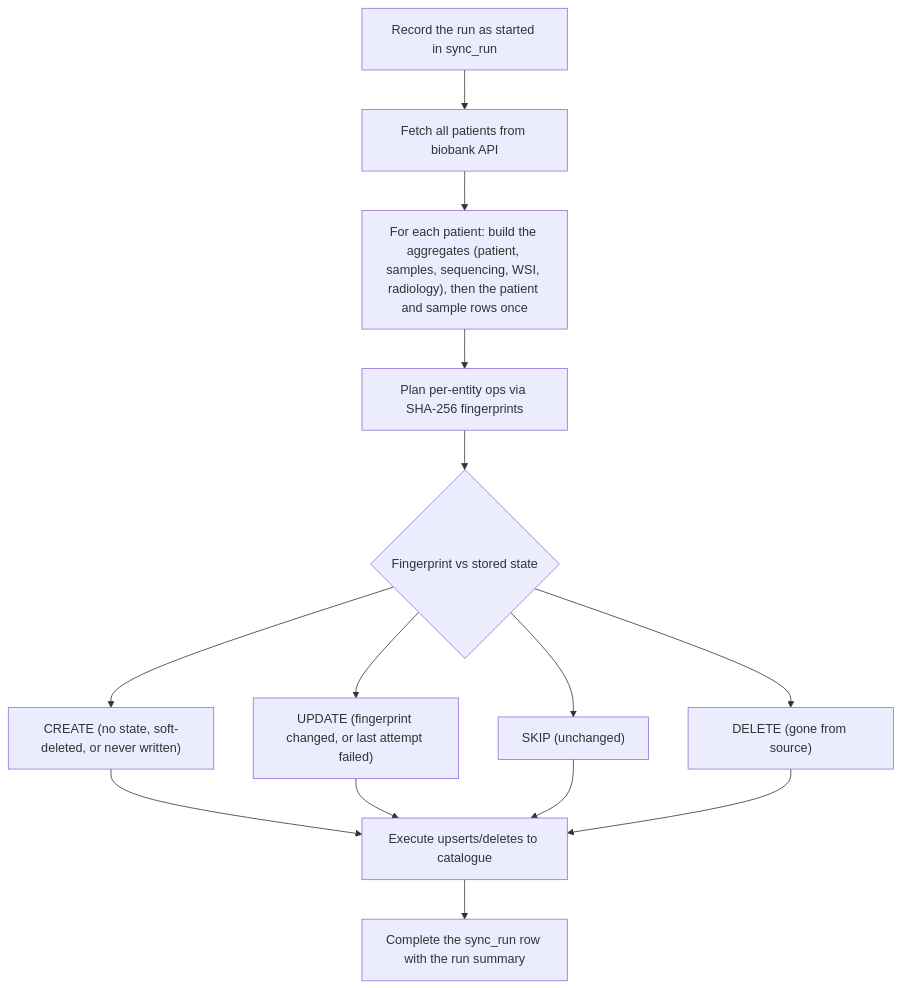
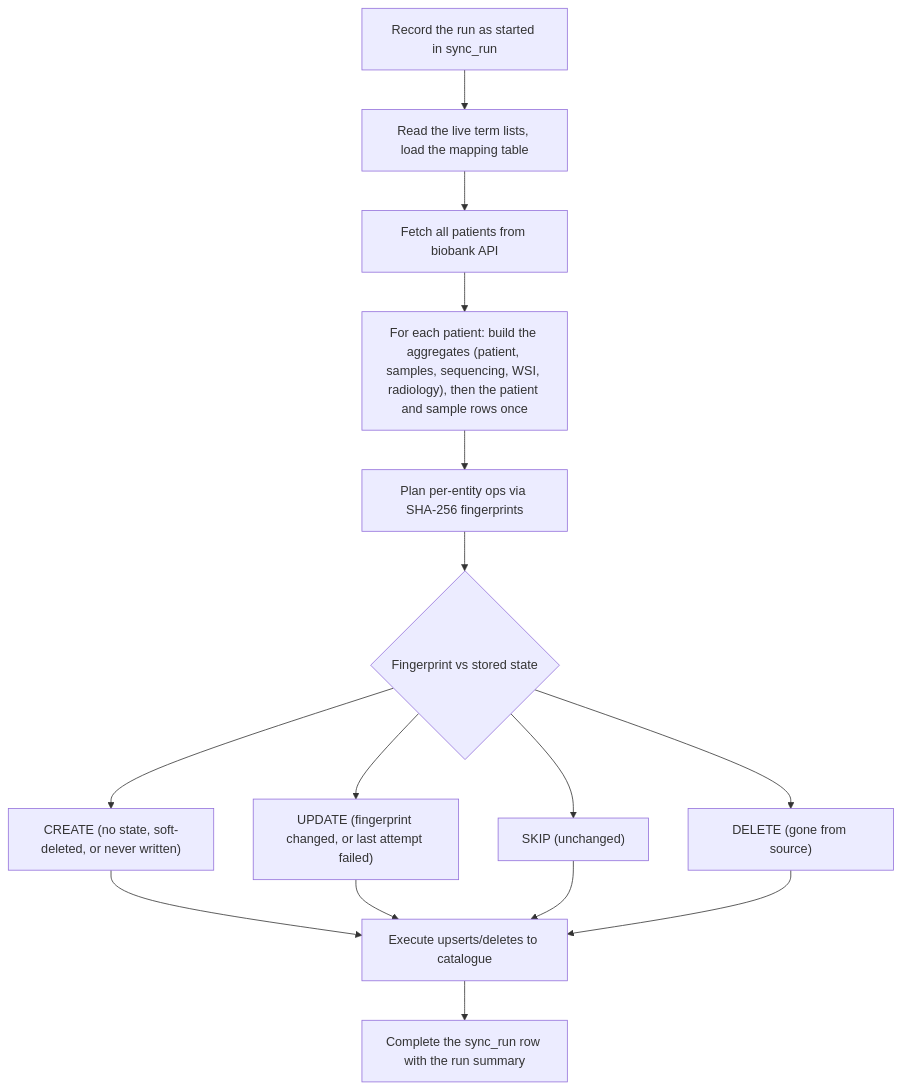
Before and after one commit to BBMRI-cz/data-catalogue-upload: the third of 4 diagrams in ARCHITECTURE.md, drawn with Mermaid. The commit also changed other lines of this file and 6 other files, not shown here.

First line of the commit message:
docs: document the ontology mapping and the term resolver

````diff
--- a/ARCHITECTURE.md
+++ b/ARCHITECTURE.md
@@ -113,25 +113,26 @@
 ```mermaid
 flowchart TD
     Start["Record the run as started in sync_run"]
+    Terms["Read the live term lists, load the mapping table"]
     Fetch["Fetch all patients from biobank API"]
     Build["For each patient: build the aggregates (patient, samples, sequencing, WSI, radiology), then the patient and sample rows once"]
     Plan["Plan per-entity ops via SHA-256 fingerprints"]
     Decide{"Fingerprint vs stored state"}
     Create["CREATE (no state, soft-deleted, or never written)"]
     Update["UPDATE (fingerprint changed, or last attempt failed)"]
     Skip["SKIP (unchanged)"]
     Delete["DELETE (gone from source)"]
     Execute["Execute upserts/deletes to catalogue"]
     Persist["Complete the sync_run row with the run summary"]
 
-    Start --> Fetch --> Build --> Plan --> Decide
+    Start --> Terms --> Fetch --> Build --> Plan --> Decide
     Decide --> Create
     Decide --> Update
     Decide --> Skip
     Decide --> Delete
     Create --> Execute
     Update --> Execute
     Skip --> Execute
     Delete --> Execute
     Execute --> Persist
 ```
````
